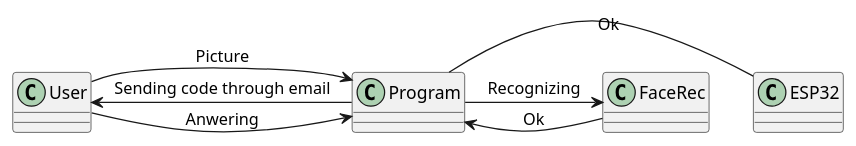
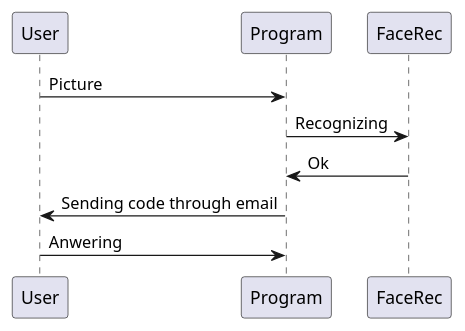
One commit to Tuukka-B/IoT-Face-Recognition changed the third of 3 diagrams in README.md. Above: the diagram before and after it, drawn with PlantUML.

````diff
--- a/README.md
+++ b/README.md
@@ -190,10 +190,9 @@
 ```plantuml
 @startuml
 User -> "Program" : Picture
 "Program" -> "FaceRec" : Recognizing
 "FaceRec" -> "Program" : Ok
 "Program" -> User : Sending code through email
 User -> "Program" : Anwering
-"Program" - "ESP32" : Ok
 @enduml
 ```
````
